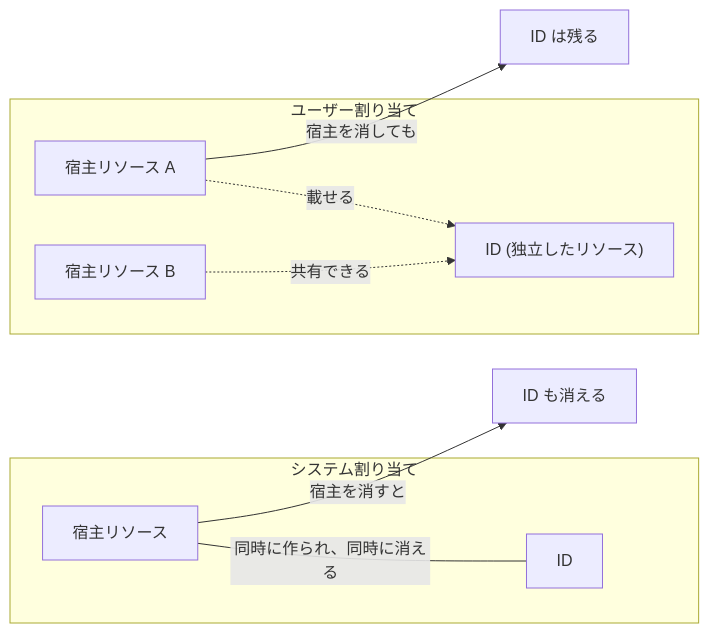
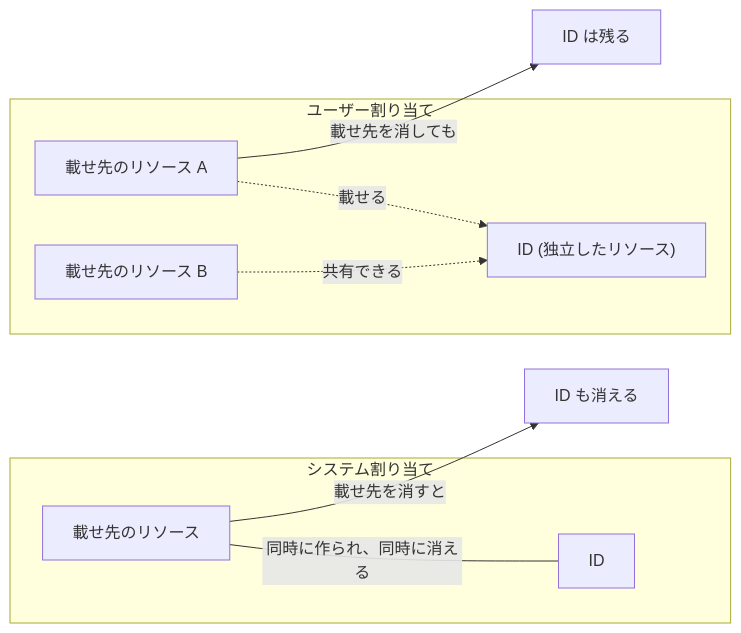
The diagram in manuscript/part2/07-managed-identity.md (engineers-hub-ltd-in-house-project/azure-practice), drawn with Mermaid before and after one commit. The commit also changed other lines of this file and 6 other files, not shown here.

````diff
--- a/manuscript/part2/07-managed-identity.md
+++ b/manuscript/part2/07-managed-identity.md
@@ -7,13 +7,13 @@
 ```mermaid
 flowchart LR
   subgraph SA["システム割り当て"]
-    H1["宿主リソース"] ---|"同時に作られ、同時に消える"| I1["ID"]
+    H1["載せ先のリソース"] ---|"同時に作られ、同時に消える"| I1["ID"]
   end
   subgraph UA["ユーザー割り当て"]
     I2["ID (独立したリソース)"]
-    H2["宿主リソース A"] -.->|"載せる"| I2
-    H3["宿主リソース B"] -.->|"共有できる"| I2
+    H2["載せ先のリソース A"] -.->|"載せる"| I2
+    H3["載せ先のリソース B"] -.->|"共有できる"| I2
   end
-  H1 -->|"宿主を消すと"| X1["ID も消える"]
-  H2 -->|"宿主を消しても"| X2["ID は残る"]
+  H1 -->|"載せ先を消すと"| X1["ID も消える"]
+  H2 -->|"載せ先を消しても"| X2["ID は残る"]
 ```
````
